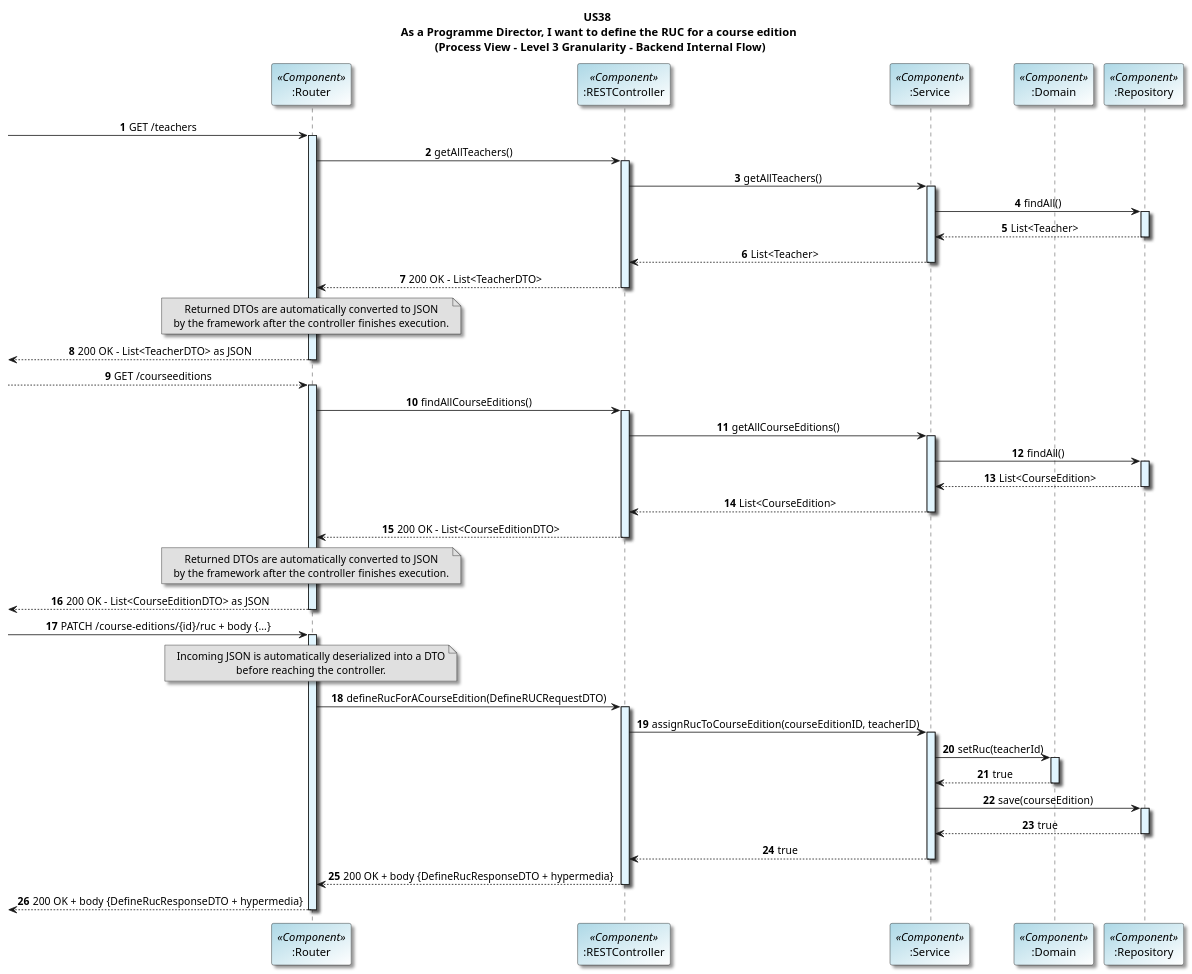
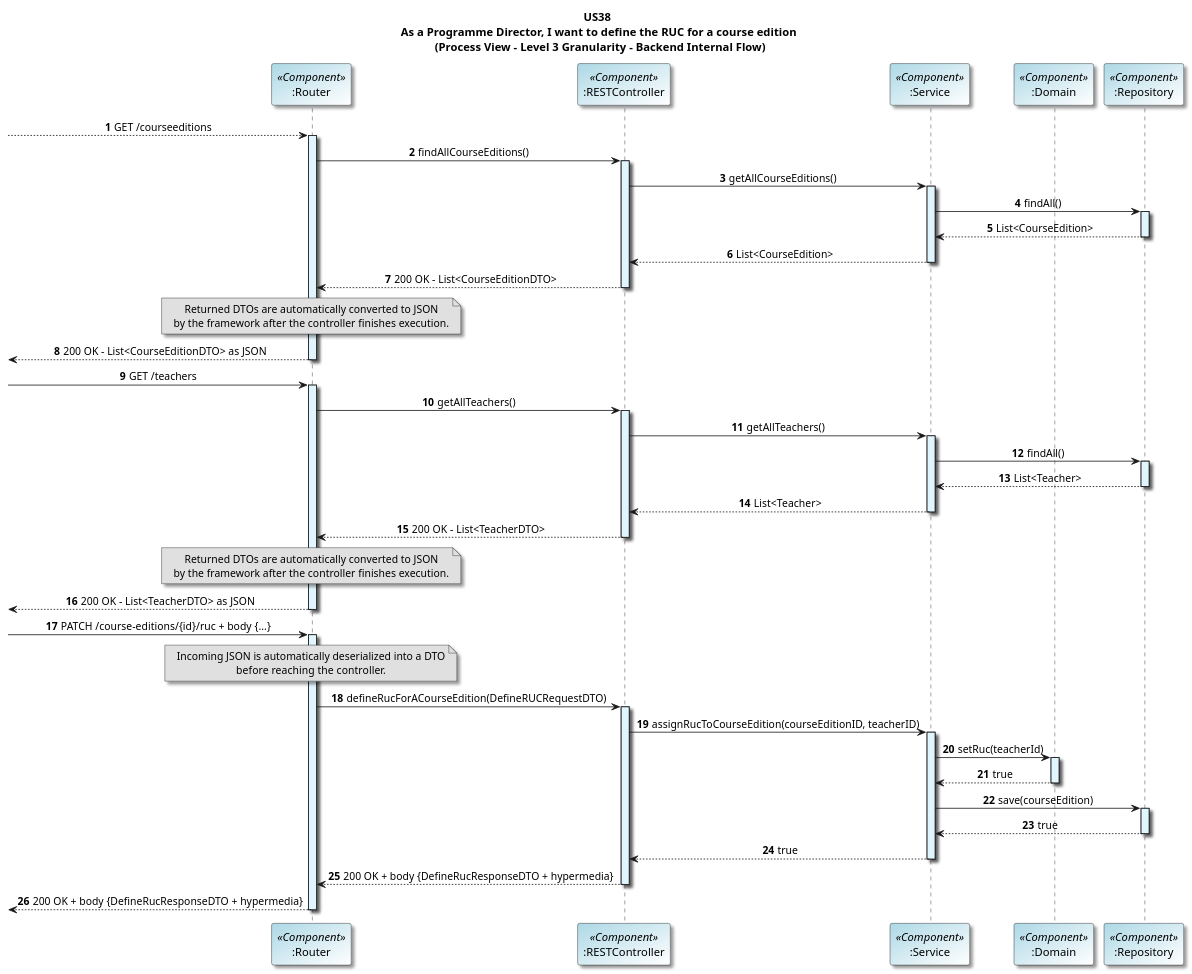
Before and after one commit to GasparISEP/DevOps-PAI: the diagram in docs/US38/sprint7_RestAPI/processView/DefineRUCForACourseEdition_Level3Granularity.puml, drawn with PlantUML.

Commit message:
updated DefineRuc lv3  process Diagram refs -#708

```diff
--- a/docs/US38/sprint7_RestAPI/processView/DefineRUCForACourseEdition_Level3Granularity.puml
+++ b/docs/US38/sprint7_RestAPI/processView/DefineRUCForACourseEdition_Level3Granularity.puml
@@ -1,104 +1,103 @@
 @startuml
 title US38 \n As a Programme Director, I want to define the RUC for a course edition \n (Process View - Level 3 Granularity - Backend Internal Flow)
 
 skinparam titleFontName "Verdana"
 skinparam defaultFontName "Verdana"
 skinparam defaultTextAlignment center
 skinparam shadowing true
 skinparam actorBackgroundColor #lightblue
 skinparam participantBackgroundColor #lightblue/white
 autonumber
 
 participant ":Router" as Router <<Component>>
 participant ":RESTController" as Controller <<Component>>
 participant ":Service" as Service <<Component>>
 participant ":Domain" as Domain <<Component>>
 participant ":Repository" as Repository <<Component>>
 
 
+
+
+--> Router: GET /courseeditions
+activate Router  #E1F5FE
+Router -> Controller: findAllCourseEditions()
+activate Controller  #E1F5FE
+
+Controller -> Service: getAllCourseEditions()
+activate Service  #E1F5FE
+
+Service -> Repository: findAll()
+activate Repository  #E1F5FE
+
+Repository --> Service: List<CourseEdition>
+deactivate Repository
+Service --> Controller: List<CourseEdition>
+deactivate Service
+Controller --> Router: 200 OK – List<CourseEditionDTO>
+deactivate Controller
+note over Router #E0E0E0
+  Returned DTOs are automatically converted to JSON
+  by the framework after the controller finishes execution.
+end note
+<-- Router: 200 OK - List<CourseEditionDTO> as JSON
+deactivate Router
 -> Router: GET /teachers
 
 
 activate Router #E1F5FE
 
 Router -> Controller: getAllTeachers()
 activate Controller  #E1F5FE
 
 Controller -> Service: getAllTeachers()
 activate Service  #E1F5FE
 
 Service -> Repository: findAll()
 activate Repository  #E1F5FE
 
 
 Repository --> Service: List<Teacher>
 deactivate Repository
 Service --> Controller: List<Teacher>
 deactivate Service
 Controller --> Router: 200 OK – List<TeacherDTO>
 deactivate Controller
 note over Router #E0E0E0
   Returned DTOs are automatically converted to JSON
   by the framework after the controller finishes execution.
 end note
 <-- Router: 200 OK – List<TeacherDTO> as JSON
 deactivate Router
 
 
-
-
-
---> Router: GET /courseeditions
-activate Router  #E1F5FE
-Router -> Controller: findAllCourseEditions()
-activate Controller  #E1F5FE
-
-Controller -> Service: getAllCourseEditions()
-activate Service  #E1F5FE
-
-Service -> Repository: findAll()
-activate Repository  #E1F5FE
-
-Repository --> Service: List<CourseEdition>
-deactivate Repository
-Service --> Controller: List<CourseEdition>
-deactivate Service
-Controller --> Router: 200 OK – List<CourseEditionDTO>
-deactivate Controller
-note over Router #E0E0E0
-  Returned DTOs are automatically converted to JSON
-  by the framework after the controller finishes execution.
-end note
-<-- Router: 200 OK - List<CourseEditionDTO> as JSON
-deactivate Router
 
 -> Router: PATCH /course-editions/{id}/ruc + body {...}
 activate Router #E1F5FE
 
 note over Router #E0E0E0
   Incoming JSON is automatically deserialized into a DTO
   before reaching the controller.
 end note
 
 Router -> Controller: defineRucForACourseEdition(DefineRUCRequestDTO)
 activate Controller  #E1F5FE
 
 Controller -> Service: assignRucToCourseEdition(courseEditionID, teacherID)
 activate Service  #E1F5FE
 
 Service -> Domain: setRuc(teacherId)
 activate Domain  #E1F5FE
 Domain --> Service: true
 deactivate Domain
 
 Service -> Repository: save(courseEdition)
 activate Repository  #E1F5FE
 Repository --> Service: true
 deactivate Repository
 Service --> Controller: true
 deactivate Service
 Controller --> Router:  200 OK + body {DefineRucResponseDTO + hypermedia}
 deactivate Controller
 <-- Router: 200 OK + body {DefineRucResponseDTO + hypermedia}
 deactivate Router
 @enduml
```
